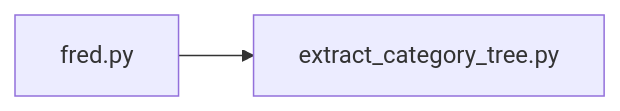
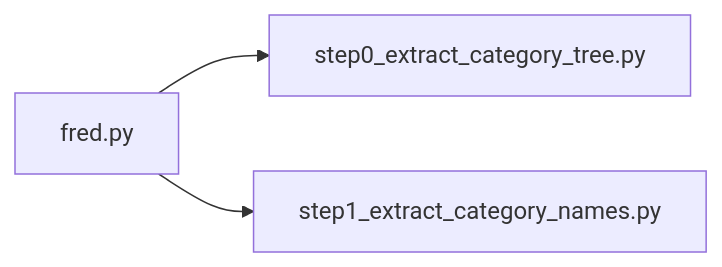
One commit to mark-middendorf/fred-basics changed the diagram in README.md. Above: the diagram before and after it, drawn with Mermaid. The commit also changed other lines of this file and 4 other files, not shown here.

````diff
--- a/README.md
+++ b/README.md
@@ -4,5 +4,7 @@
 ```mermaid
 graph LR
-    fred.py --> extract_category_tree.py 
+    fred.py --> step0_extract_category_tree.py;
+    fred.py --> step1_extract_category_names.py;
+    
 
 ```
````
